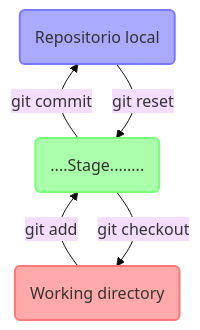
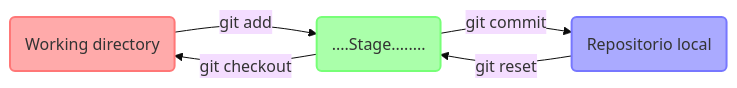
One commit to CNEA-AQ/curso-programacion changed the first of 6 diagrams in _clases/git.md. Above: the diagram before and after it, drawn with Mermaid (base theme). The commit also changed other lines of this file, not shown here.

````diff
--- a/_clases/git.md
+++ b/_clases/git.md
@@ -50,13 +49,13 @@
 ```mermaid
-flowchart BT
+flowchart LR
 W(Working directory);
 S(....Stage........);
 H(Repositorio local);
 H--git reset   -->S;
 S--git checkout-->W;
 W--git add     -->S;
 S--git commit  -->H;
     style W textColor:#fff,fill:#faa,stroke:#f77,stroke-width:2px,padding:20px
     style S textColor:#fff,fill:#afa,stroke:#7f7,stroke-width:2px,padding:20px
     style H textColor:#fff,fill:#aaf,stroke:#77f,stroke-width:2px,padding:20px 
 ```
````
